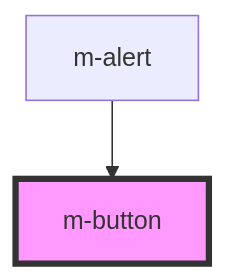
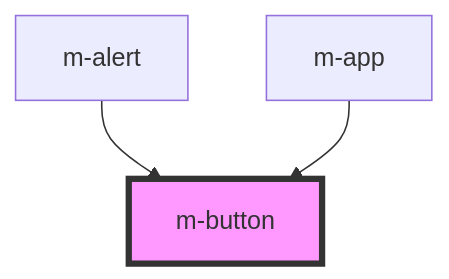
Before and after one commit to dynamic-framework/dynamic-ui: the diagram in design-system/src/components/m-button/readme.md, drawn with Mermaid. The commit also changed other lines of this file and 8 other files, not shown here.

````diff
--- a/design-system/src/components/m-button/readme.md
+++ b/design-system/src/components/m-button/readme.md
@@ -38,5 +39,6 @@
 ```mermaid
 graph TD;
   m-alert --> m-button
+  m-app --> m-button
   style m-button fill:#f9f,stroke:#333,stroke-width:4px
 ```
````
